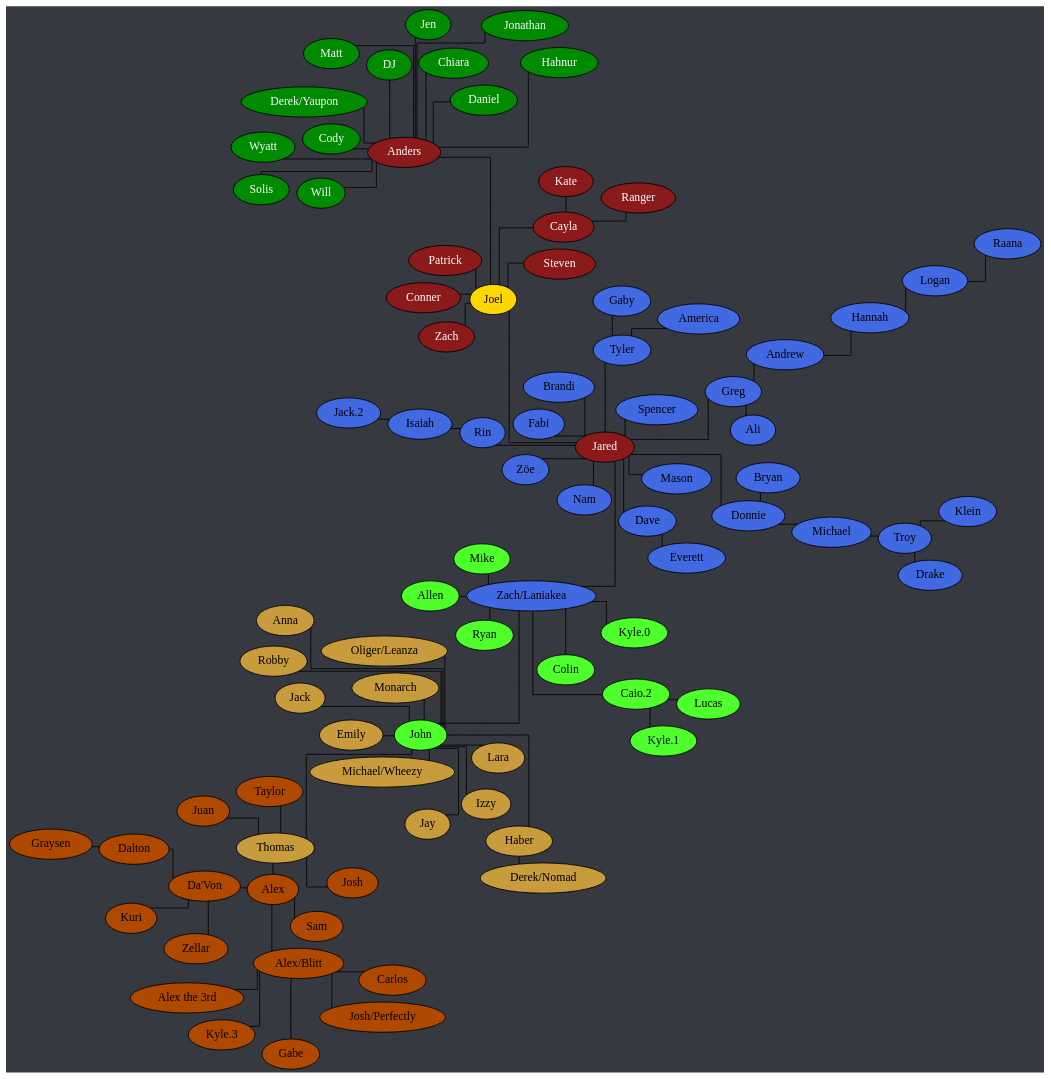
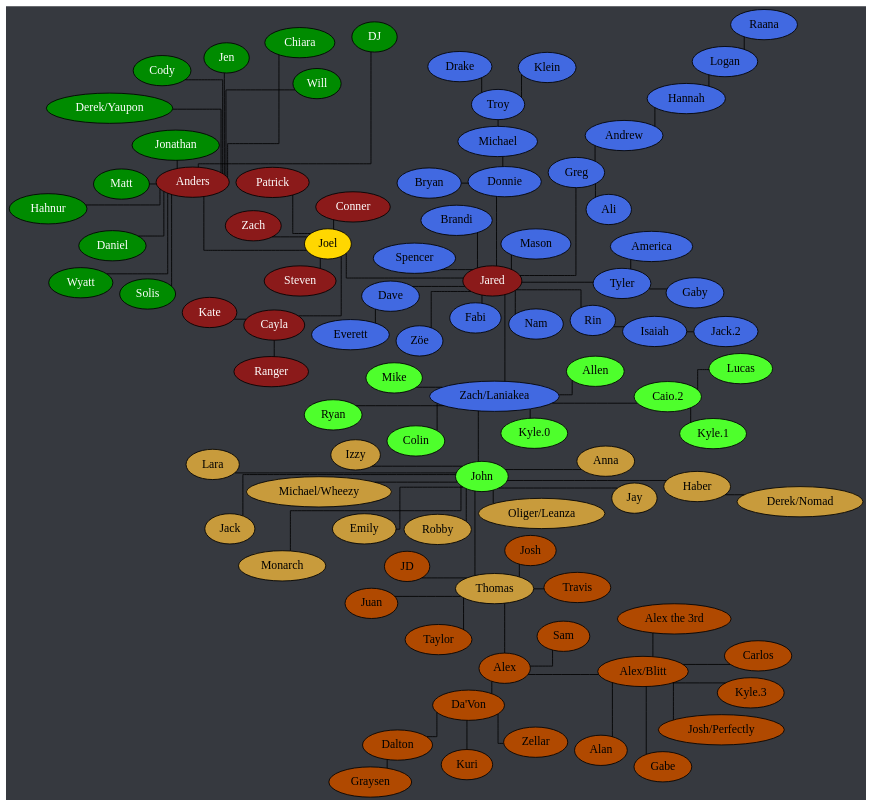
Before and after one commit to Documidas/CoronaCatzFamilyTree: the diagram in tree.dot, drawn with Graphviz. The commit also changed 1 other file, not shown here.

Commit message:
Add Alan, JD, Travis

```diff
--- a/tree.dot
+++ b/tree.dot
@@ -1,135 +1,138 @@
 strict graph {
 	// Layout Configuration
 	layout = neato;
 	epsilon = 0.01;
 	mode = KK;
 	model = subset;
 	overlap = false;
 	splines = ortho;
 
 	// Visual Configuration
 	graph [truecolor=true bgcolor="#36393f"]
 	node [style=filled fillcolor="gray" fontcolor="black"]
 
 	subgraph "Joel" {
 		node [style=filled fillcolor="firebrick4" fontcolor="white"];
 		Joel [style=filled fillcolor="gold" fontcolor="black"];
 
 		Anders -- Joel;
 		Cayla -- Joel
 		Cayla -- Kate;
 		Cayla -- Ranger;
 		Joel -- Conner;
 		Joel -- Jared;
 		Joel -- Patrick;
 		Joel -- Steven;
 		Joel -- Zach;
 	}
 
 	subgraph "Anders" {
 		node [style=filled fillcolor="green4" fontcolor="white"];
 
 		Anders -- Chiara
 		Anders -- Cody;
 		Anders -- Daniel;
 		Anders -- "Derek/Yaupon";
 		Anders -- DJ;
 		Anders -- Hahnur;
 		Anders -- Jen;
 		Anders -- Jonathan;
 		Anders -- Matt;
 		Anders -- Solis;
 		Anders -- Will;
 		Anders -- Wyatt;
 	}
 
 	subgraph "Jared" {
 		node [style=filled fillcolor="royalblue" fontcolor="black"]
 
 		Andrew -- Hannah;
 		Dave -- Everett;
 		Donnie -- Bryan;
 		Donnie -- Michael;
 		Greg -- Ali;
 		Greg -- Andrew;
 		Hannah -- Logan;
 		Isaiah -- "Jack.2";
 		Jared -- Brandi;
 		Jared -- Dave;
 		Jared -- Donnie;
 		Jared -- Fabi;
 		Jared -- Greg;
 		Jared -- Mason;
 		Jared -- Nam;
 		Jared -- Rin;
 		Jared -- Spencer;
 		Jared -- Tyler;
 		Jared -- "Zach/Laniakea";
 		Jared -- "Zöe";
 		Logan -- Raana;
 		Michael -- Troy;
 		Rin -- Isaiah;
 		Tyler -- America;
 		Tyler -- Gaby;
 		Troy -- Drake;
 		Troy -- Klein;
 	}
 
 	subgraph "Zach/Laniakea" {
 		node [style=filled fillcolor="#4eff2c" fontcolor="black"]
 
 		"Caio.2" -- "Kyle.1";
 		"Caio.2" -- Lucas;
 		"Zach/Laniakea" -- Allen;
 		"Zach/Laniakea" -- "Caio.2";
 		"Zach/Laniakea" -- Colin;
 		"Zach/Laniakea" -- John [ len = 10 ];
 		"Zach/Laniakea" -- "Kyle.0";
 		"Zach/Laniakea" -- Mike;
 		"Zach/Laniakea" -- Ryan;
 	}
 
 	subgraph "John" {
 		node [style=filled fillcolor="#c89b3c" fontcolor="black"]
 
 		Haber -- "Derek/Nomad";
 		John -- Anna;
 		John -- Emily;
 		John -- Haber;
 		John -- Jay;
 		John -- Jack;
 		John -- Lara;
 		John -- Monarch;
 		John -- "Oliger/Leanza";
 		John -- Thomas;
 	}
 
 	subgraph "John-stream" {
 		// node [style=filled fillcolor="#9147ff" fontcolor="black"]
 		node [style=filled fillcolor="#c89b3c" fontcolor="black"]
 
 		John -- Izzy;
 		John -- "Michael/Wheezy";
 		John -- Robby;
 	}
 
 	subgraph "Thomas" {
 		node [style=filled fillcolor="#b04900" fontcolor="black"]
 		Alex -- "Alex/Blitt";
 		Alex -- "Da'Von";
 		Alex -- Sam;
+		"Alex/Blitt" -- Alan;
 		"Alex/Blitt" -- "Alex the 3rd";
 		"Alex/Blitt" -- Carlos;
 		"Alex/Blitt" -- Gabe;
 		"Alex/Blitt" -- "Kyle.3";
 		"Alex/Blitt" -- "Josh/Perfectly";
 		Dalton -- Graysen;
 		"Da'Von" -- Dalton;
 		"Da'Von" -- Kuri;
 		"Da'Von" -- Zellar;
 		Thomas -- Alex;
+		Thomas -- JD;
 		Thomas -- Josh;
 		Thomas -- Juan;
 		Thomas -- Taylor;
+		Thomas -- Travis;
 	}
 }
```
